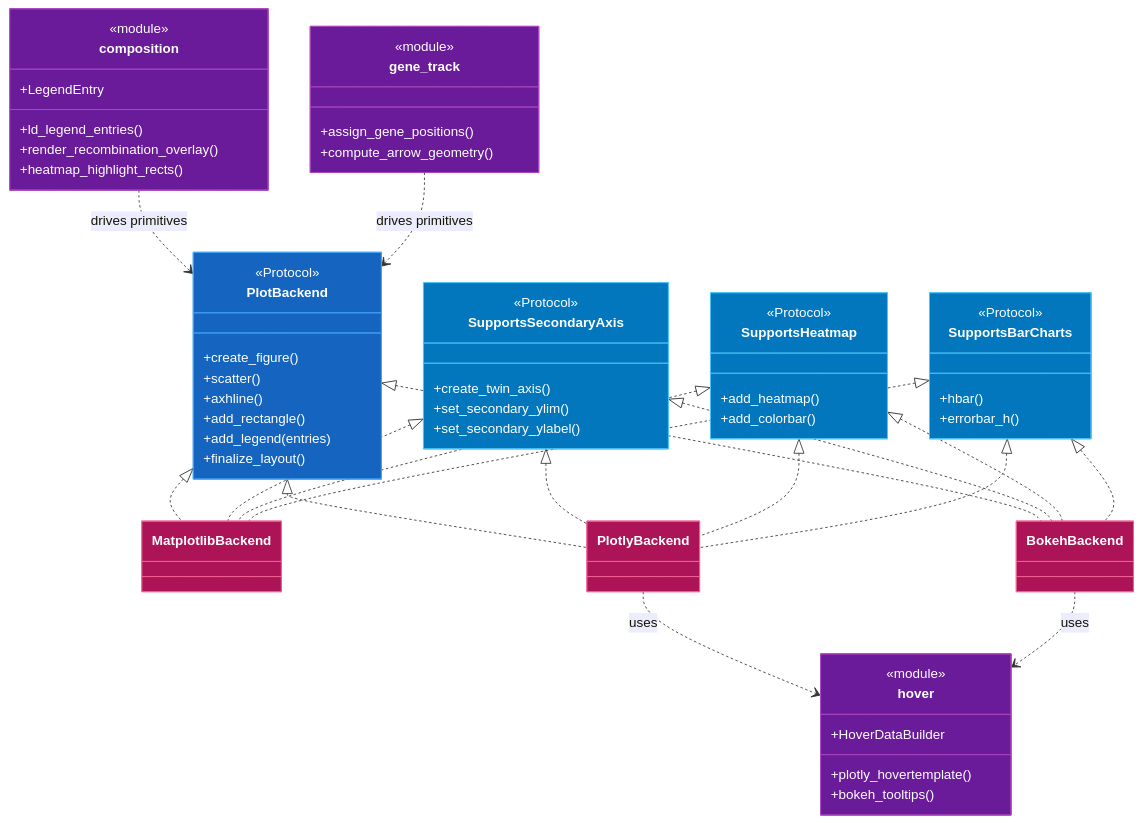
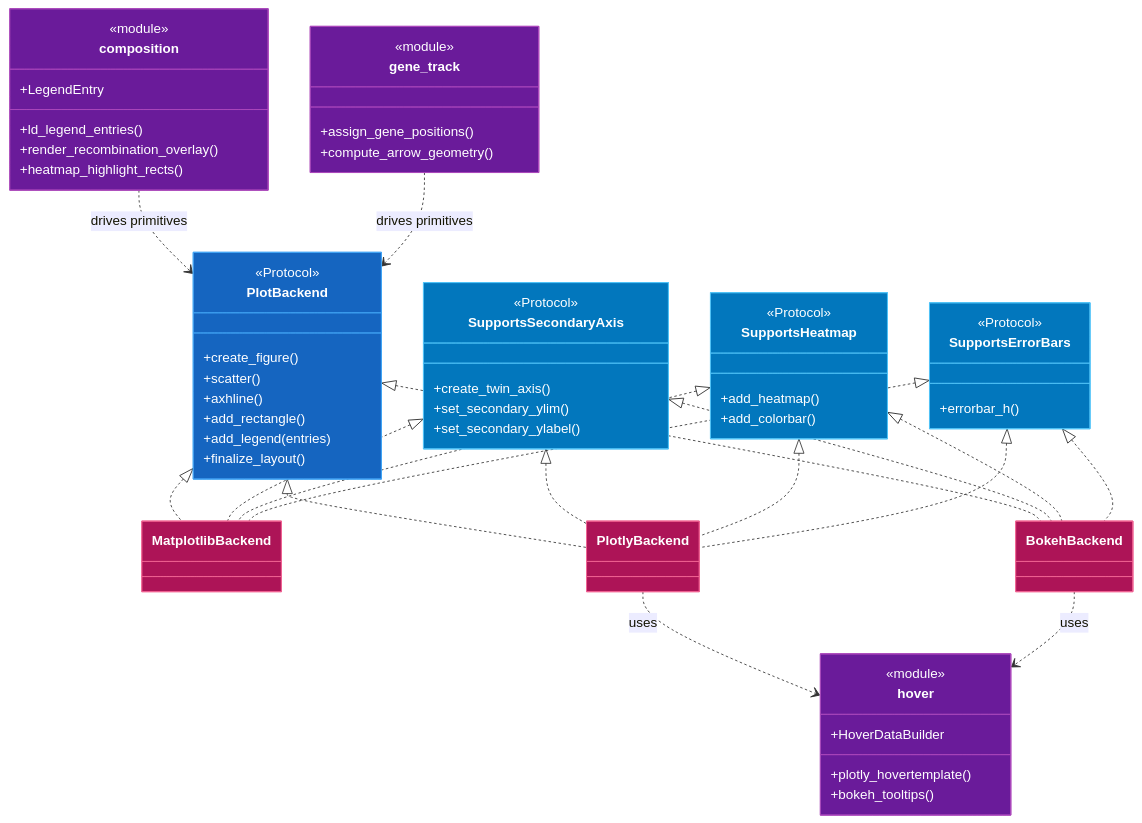
The third of 3 diagrams in docs/CODEMAP.md (michael-denyer/pyLocusZoom), drawn with Mermaid before and after one commit. The commit also changed other lines of this file and 14 other files, not shown here.

First line of the commit message:
refactor(backends): delete the dead hbar primitive and name SupportsErrorBars for its one method

````diff
--- a/docs/CODEMAP.md
+++ b/docs/CODEMAP.md
@@ -357,77 +357,76 @@
 ```mermaid
 classDiagram
     class PlotBackend {
         <<Protocol>>
         +create_figure()
         +scatter()
         +axhline()
         +add_rectangle()
         +add_legend(entries)
         +finalize_layout()
     }
     class SupportsSecondaryAxis {
         <<Protocol>>
         +create_twin_axis()
         +set_secondary_ylim()
         +set_secondary_ylabel()
     }
     class SupportsHeatmap {
         <<Protocol>>
         +add_heatmap()
         +add_colorbar()
     }
-    class SupportsBarCharts {
+    class SupportsErrorBars {
         <<Protocol>>
-        +hbar()
         +errorbar_h()
     }
     class composition {
         <<module>>
         +LegendEntry
         +ld_legend_entries()
         +render_recombination_overlay()
         +heatmap_highlight_rects()
     }
     class hover {
         <<module>>
         +HoverDataBuilder
         +plotly_hovertemplate()
         +bokeh_tooltips()
     }
     class gene_track {
         <<module>>
         +assign_gene_positions()
         +compute_arrow_geometry()
     }
     class MatplotlibBackend
     class PlotlyBackend
     class BokehBackend
 
     PlotBackend <|.. MatplotlibBackend
     PlotBackend <|.. PlotlyBackend
     PlotBackend <|.. BokehBackend
     SupportsSecondaryAxis <|.. MatplotlibBackend
     SupportsSecondaryAxis <|.. PlotlyBackend
     SupportsSecondaryAxis <|.. BokehBackend
     SupportsHeatmap <|.. MatplotlibBackend
     SupportsHeatmap <|.. PlotlyBackend
     SupportsHeatmap <|.. BokehBackend
-    SupportsBarCharts <|.. MatplotlibBackend
-    SupportsBarCharts <|.. PlotlyBackend
-    SupportsBarCharts <|.. BokehBackend
+    SupportsErrorBars <|.. MatplotlibBackend
+    SupportsErrorBars <|.. PlotlyBackend
+    SupportsErrorBars <|.. BokehBackend
     composition ..> PlotBackend : drives primitives
     gene_track ..> PlotBackend : drives primitives
     PlotlyBackend ..> hover : uses
     BokehBackend ..> hover : uses
 
     style PlotBackend fill:#1565c0,stroke:#42a5f5,color:#ffffff
     style SupportsSecondaryAxis fill:#0277bd,stroke:#4fc3f7,color:#ffffff
     style SupportsHeatmap fill:#0277bd,stroke:#4fc3f7,color:#ffffff
-    style SupportsBarCharts fill:#0277bd,stroke:#4fc3f7,color:#ffffff
+    style SupportsErrorBars fill:#0277bd,stroke:#4fc3f7,color:#ffffff
     style MatplotlibBackend fill:#ad1457,stroke:#f06292,color:#ffffff
     style PlotlyBackend fill:#ad1457,stroke:#f06292,color:#ffffff
     style BokehBackend fill:#ad1457,stroke:#f06292,color:#ffffff
     style composition fill:#6a1b9a,stroke:#ab47bc,color:#ffffff
     style hover fill:#6a1b9a,stroke:#ab47bc,color:#ffffff
     style gene_track fill:#6a1b9a,stroke:#ab47bc,color:#ffffff
 ```
````
